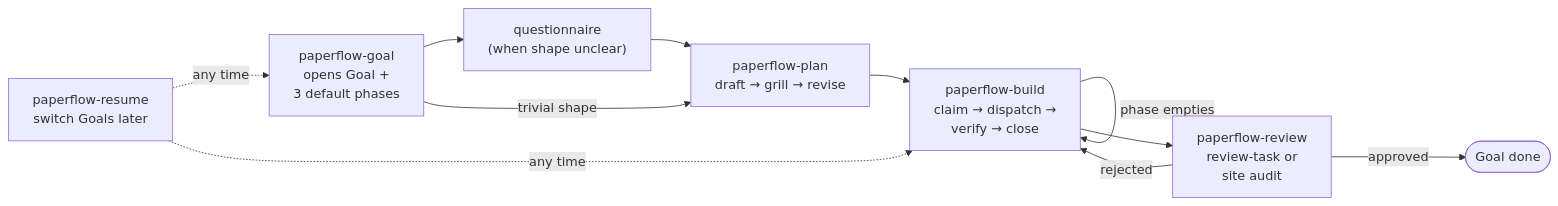
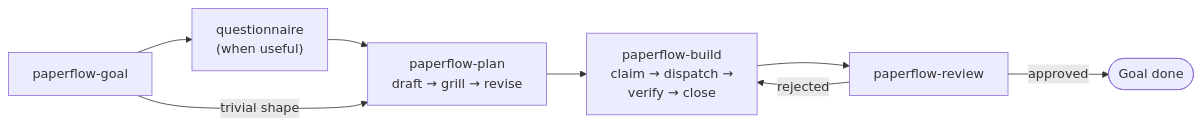
One commit to FRIKKern/paperflow changed the first of 4 diagrams in README.md. Above: the diagram before and after it, drawn with Mermaid. The commit also changed other lines of this file and 2 other files, not shown here.

````diff
--- a/README.md
+++ b/README.md
@@ -132,20 +30,14 @@
 ```mermaid
 flowchart LR
-    G["paperflow-goal<br/>opens Goal +<br/>3 default phases"]
-    Q["questionnaire<br/>(when shape unclear)"]
+    G["paperflow-goal"]
+    Q["questionnaire<br/>(when useful)"]
     P["paperflow-plan<br/>draft → grill → revise"]
     B["paperflow-build<br/>claim → dispatch →<br/>verify → close"]
-    R["paperflow-review<br/>review-task or<br/>site audit"]
-    Re["paperflow-resume<br/>switch Goals later"]
+    R["paperflow-review"]
+    Done(["Goal done"])
 
-    G --> Q
-    Q --> P
+    G --> Q --> P --> B --> R
     G -->|"trivial shape"| P
-    P --> B
-    B -->|"phase empties"| B
-    B --> R
-    R -->|"approved"| Done(["Goal done"])
+    R -->|"approved"| Done
     R -->|"rejected"| B
-    Re -.->|"any time"| G
-    Re -.->|"any time"| B
 ```
````
